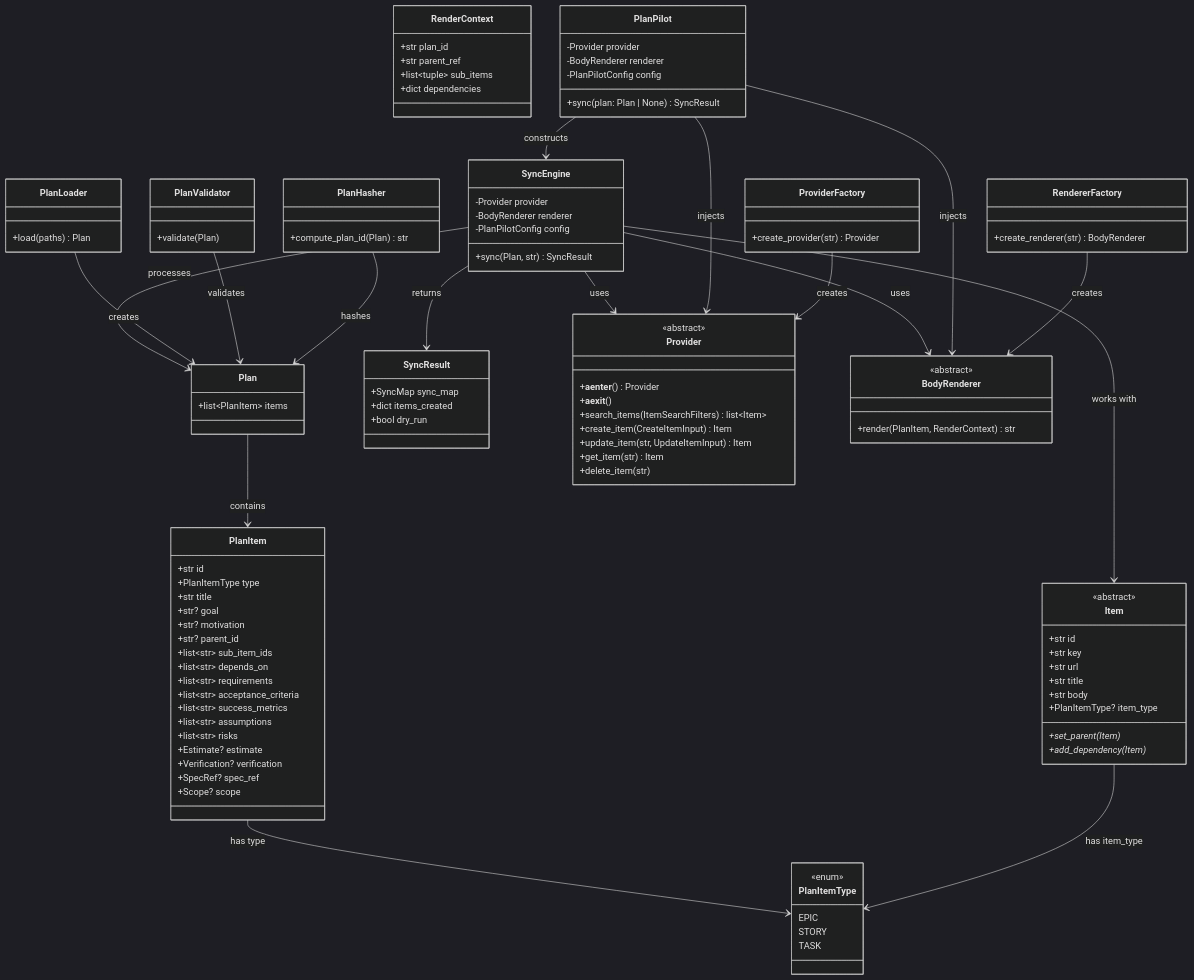
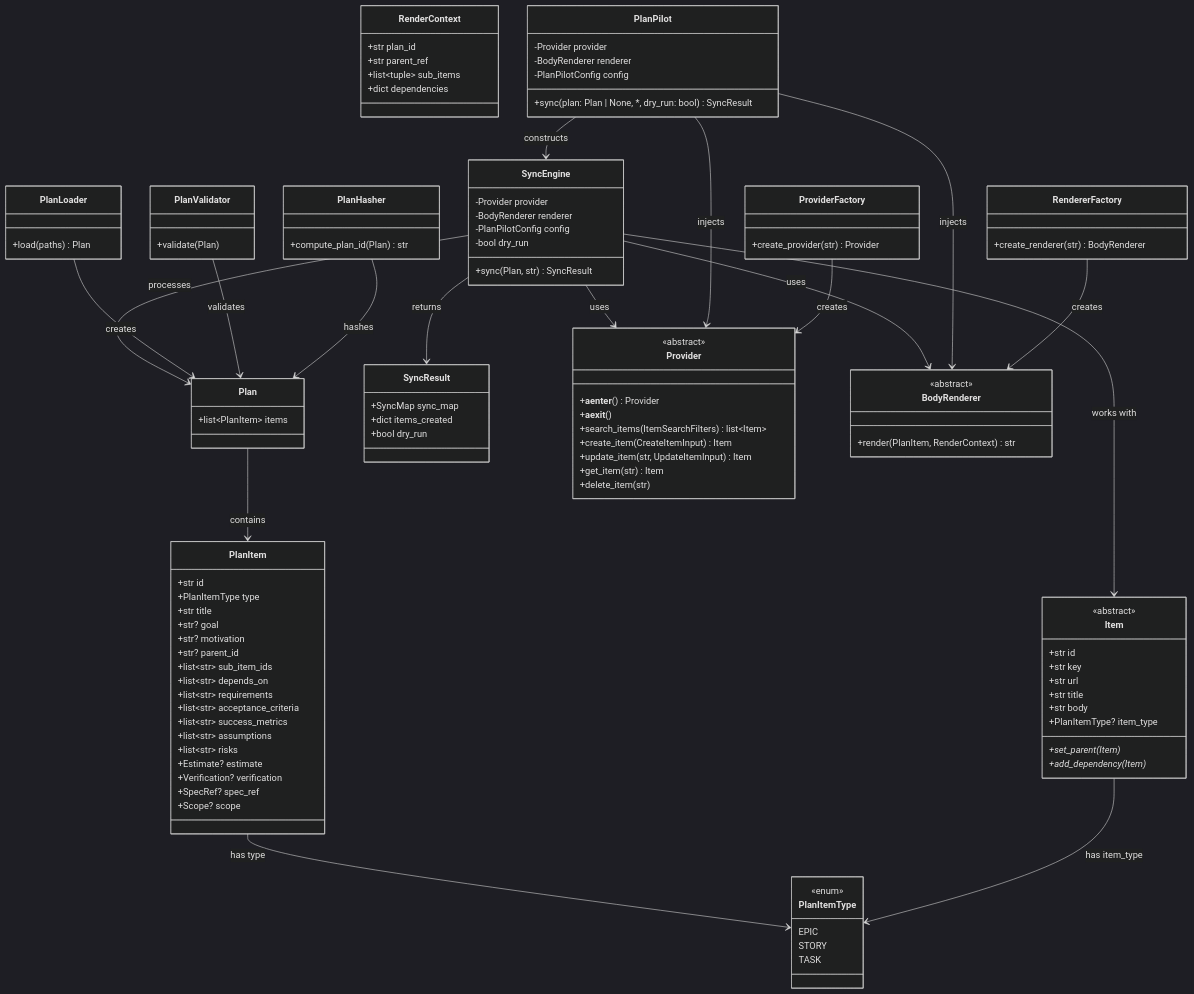
One commit to aryeko/planpilot changed the second of 3 diagrams in docs/v2/architecture.md. Above: the diagram before and after it, drawn with Mermaid (dark theme). The commit also changed other lines of this file and 4 other files, not shown here.

```diff
--- a/docs/v2/architecture.md
+++ b/docs/v2/architecture.md
@@ -380,6 +385,7 @@
         -Provider provider
         -BodyRenderer renderer
         -PlanPilotConfig config
+        -bool dry_run
         +sync(Plan, str) SyncResult
     }
 
@@ -407,7 +413,7 @@
         -Provider provider
         -BodyRenderer renderer
         -PlanPilotConfig config
-        +sync(plan: Plan | None) SyncResult
+        +sync(plan: Plan | None, *, dry_run: bool) SyncResult
     }
 
     PlanItem --> PlanItemType : has type
```
